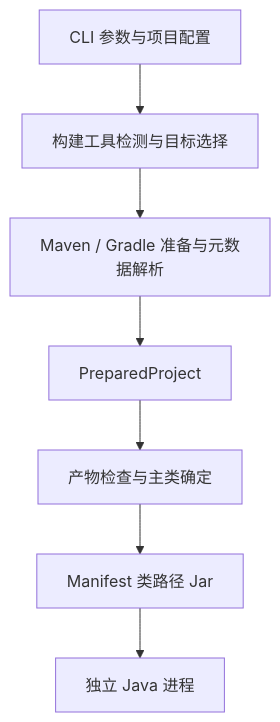
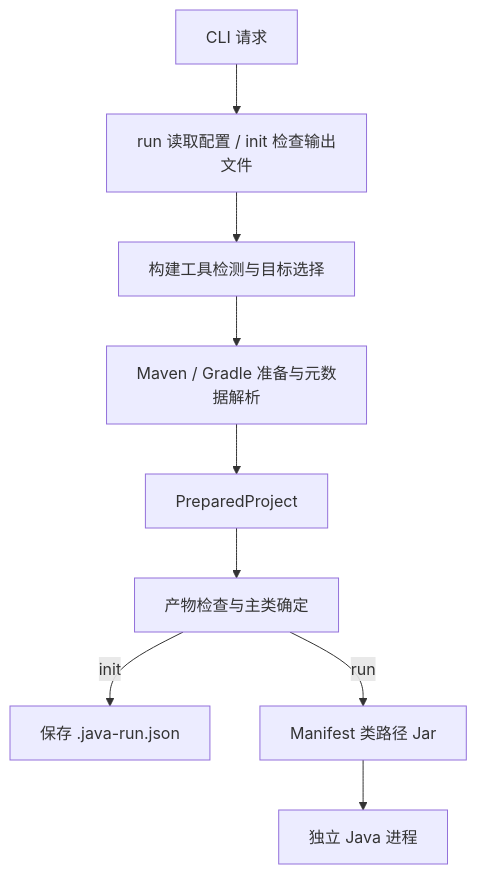
The diagram in docs/architecture.md (Vanisper/java-run), drawn with Mermaid before and after one commit. The commit also changed other lines of this file and 15 other files, not shown here.

Commit message:
feat(cli): 支持 init 交互生成项目启动配置

````diff
--- a/docs/architecture.md
+++ b/docs/architecture.md
@@ -38,9 +42,11 @@
 ```mermaid
 flowchart TD
-  request[CLI 参数与项目配置] --> target[构建工具检测与目标选择]
+  request[CLI 请求] --> config[run 读取配置 / init 检查输出文件]
+  config --> target[构建工具检测与目标选择]
   target --> prepare[Maven / Gradle 准备与元数据解析]
   prepare --> project[PreparedProject]
   project --> entry[产物检查与主类确定]
-  entry --> classpath[Manifest 类路径 Jar]
+  entry -->|init| save[保存 .java-run.json]
+  entry -->|run| classpath[Manifest 类路径 Jar]
   classpath --> java[独立 Java 进程]
 ```
````
